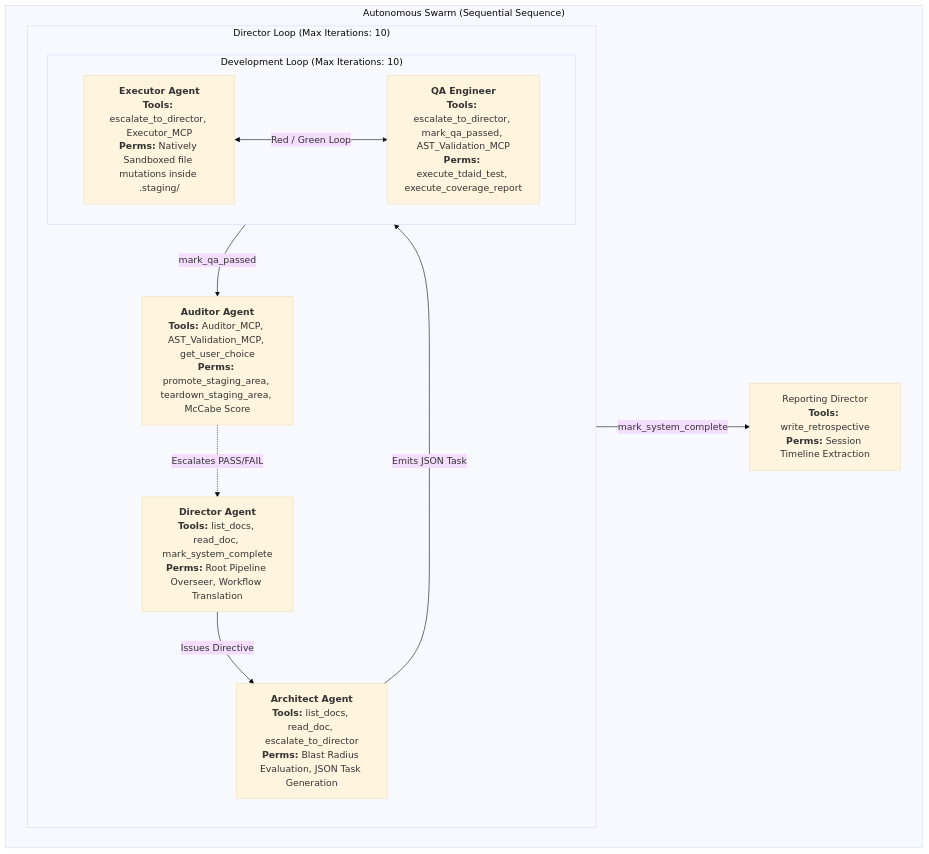
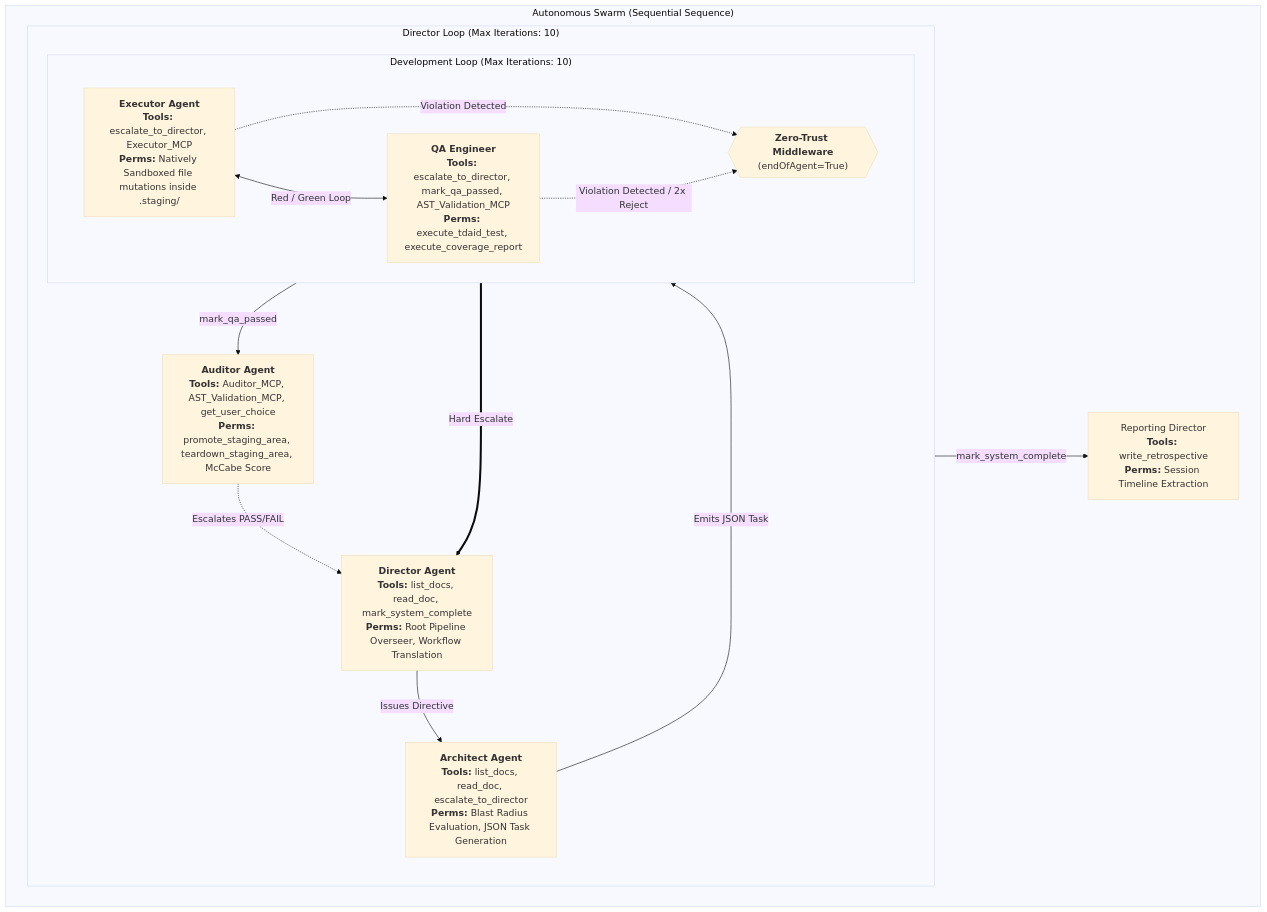
One commit to HReed1/hvr-agentic-os changed the diagram in docs/director_context/autonomous-swarm-architecture.md. Above: the diagram before and after it, drawn with Mermaid (base theme). The commit also changed other lines of this file and 2 other files, not shown here.

Commit message:
ready for next evals

````diff
--- a/docs/director_context/autonomous-swarm-architecture.md
+++ b/docs/director_context/autonomous-swarm-architecture.md
@@ -7,31 +7,36 @@
 ```mermaid
 graph TD
     subgraph "Autonomous Swarm (Sequential Sequence)"
         
         subgraph "Director Loop (Max Iterations: 10)"
             direction TB
             
             director["<b>Director Agent</b><br><b>Tools:</b> list_docs, read_doc, mark_system_complete<br><b>Perms:</b> Root Pipeline Overseer, Workflow Translation"]
             architect["<b>Architect Agent</b><br><b>Tools:</b> list_docs, read_doc, escalate_to_director<br><b>Perms:</b> Blast Radius Evaluation, JSON Task Generation"]
             
             subgraph "Development Loop (Max Iterations: 10)"
                 direction LR
                 executor["<b>Executor Agent</b><br><b>Tools:</b> escalate_to_director, Executor_MCP<br><b>Perms:</b> Natively Sandboxed file mutations inside .staging/"]
                 qa["<b>QA Engineer</b><br><b>Tools:</b> escalate_to_director, mark_qa_passed, AST_Validation_MCP<br><b>Perms:</b> execute_tdaid_test, execute_coverage_report"]
+                zt_intercept{{"<b>Zero-Trust Middleware</b><br>(endOfAgent=True)"}}
                 
                 executor <-->|Red / Green Loop| qa
+                executor -.->|Violation Detected| zt_intercept
+                qa -.->|Violation Detected / 2x Reject| zt_intercept
             end
+            
+            zt_intercept ===>|Hard Escalate| director
             
             auditor["<b>Auditor Agent</b><br><b>Tools:</b> Auditor_MCP, AST_Validation_MCP, get_user_choice<br><b>Perms:</b> promote_staging_area, teardown_staging_area, McCabe Score"]
             
             director -->|Issues Directive| architect
             architect -->|Emits JSON Task| executor
             qa -->|mark_qa_passed| auditor
             auditor -.->|Escalates PASS/FAIL| director
         end
         
         reporter["Reporting Director<br><b>Tools:</b> write_retrospective<br><b>Perms:</b> Session Timeline Extraction"]
         
         director -->|mark_system_complete| reporter
     end
 ```
````
